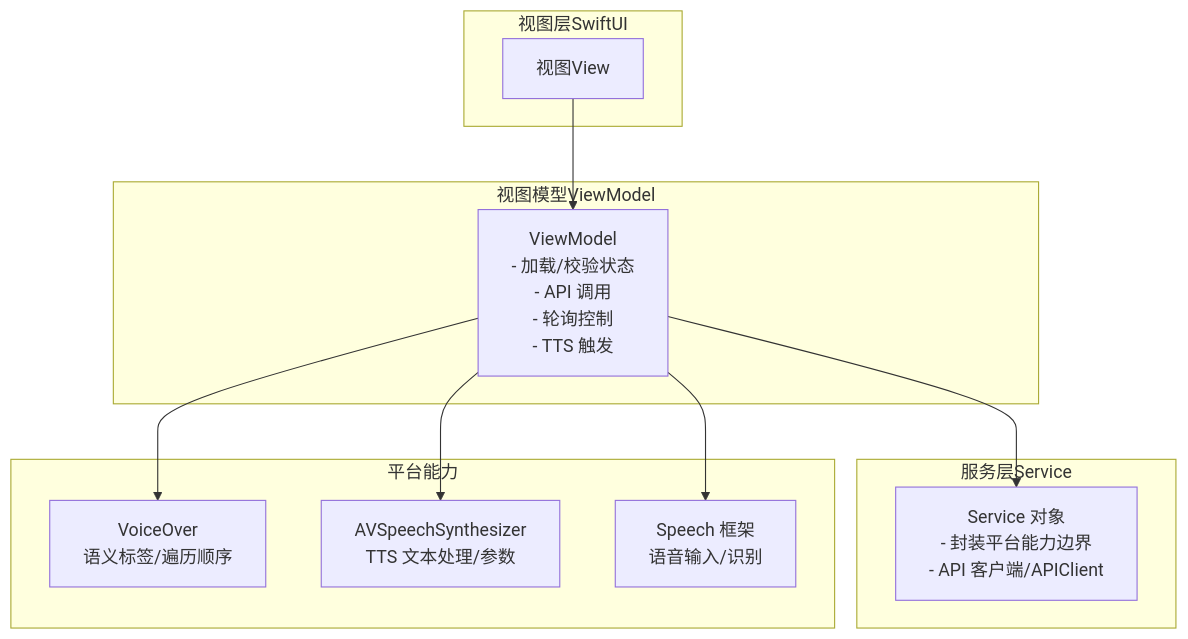
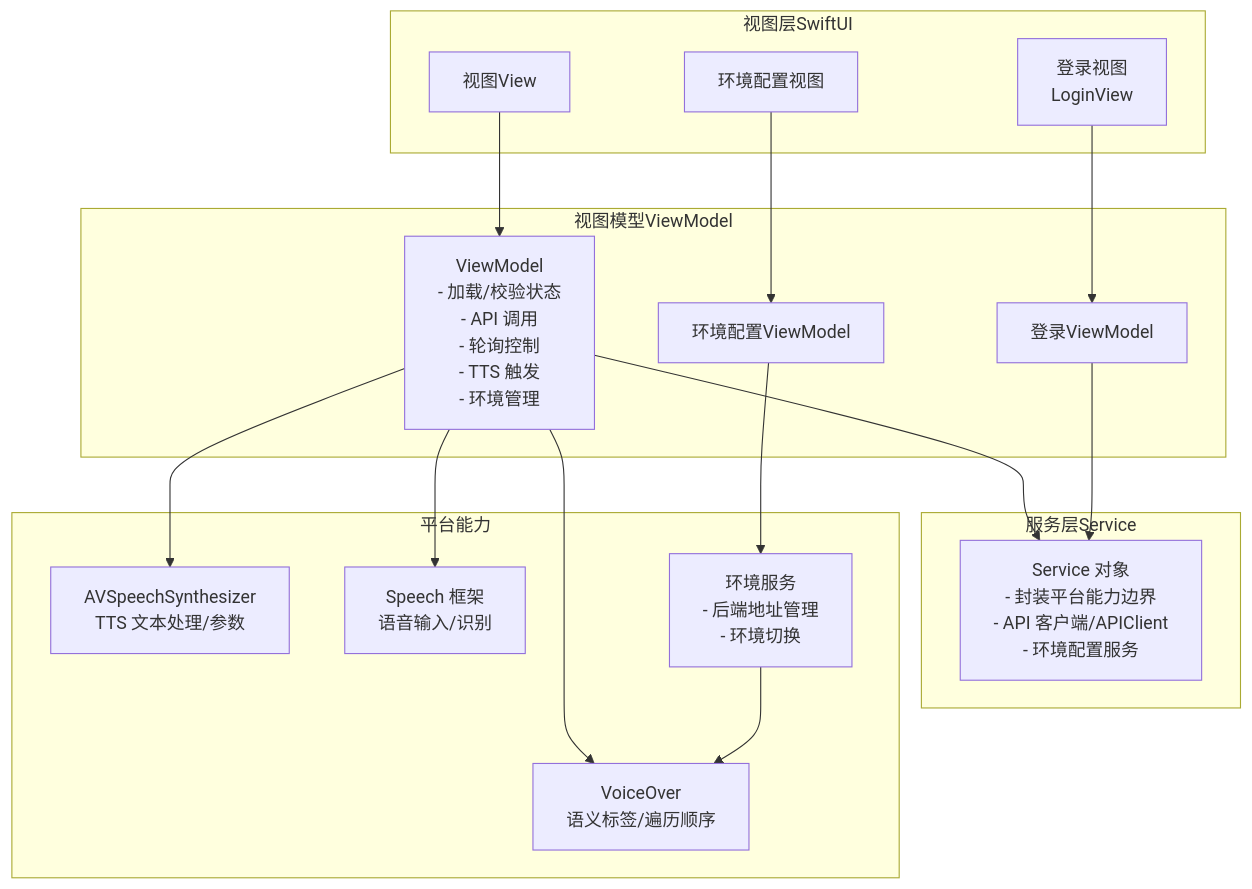
The second of 3 diagrams in .qoder/repowiki/zh/content/核心功能模块/无障碍语音系统.md (Jayden23018/blind-run-ios), drawn with Mermaid before and after one commit. The commit also changed other lines of this file and 14 other files, not shown here.

Commit message:
Improve blind runner booking map and speech input flows

````diff
--- a/.qoder/repowiki/zh/content/核心功能模块/无障碍语音系统.md
+++ b/.qoder/repowiki/zh/content/核心功能模块/无障碍语音系统.md
@@ -105,22 +124,32 @@
 ```mermaid
 graph TB
 subgraph "视图层SwiftUI"
 Views["视图View"]
+LoginView["登录视图<br/>LoginView"]
+EnvView["环境配置视图"]
 end
 subgraph "视图模型ViewModel"
-VM["ViewModel<br/>- 加载/校验状态<br/>- API 调用<br/>- 轮询控制<br/>- TTS 触发"]
+VM["ViewModel<br/>- 加载/校验状态<br/>- API 调用<br/>- 轮询控制<br/>- TTS 触发<br/>- 环境管理"]
+LoginVM["登录ViewModel"]
+EnvVM["环境配置ViewModel"]
 end
 subgraph "服务层Service"
-Svc["Service 对象<br/>- 封装平台能力边界<br/>- API 客户端/APIClient"]
+Svc["Service 对象<br/>- 封装平台能力边界<br/>- API 客户端/APIClient<br/>- 环境配置服务"]
 end
 subgraph "平台能力"
 VO["VoiceOver<br/>语义标签/遍历顺序"]
 TTS["AVSpeechSynthesizer<br/>TTS 文本处理/参数"]
 STT["Speech 框架<br/>语音输入/识别"]
+EnvSvc["环境服务<br/>- 后端地址管理<br/>- 环境切换"]
 end
 Views --> VM
+LoginView --> LoginVM
+EnvView --> EnvVM
 VM --> Svc
+LoginVM --> Svc
+EnvVM --> EnvSvc
 VM --> TTS
 VM --> STT
 VM --> VO
+EnvSvc --> VO
 ```
````
